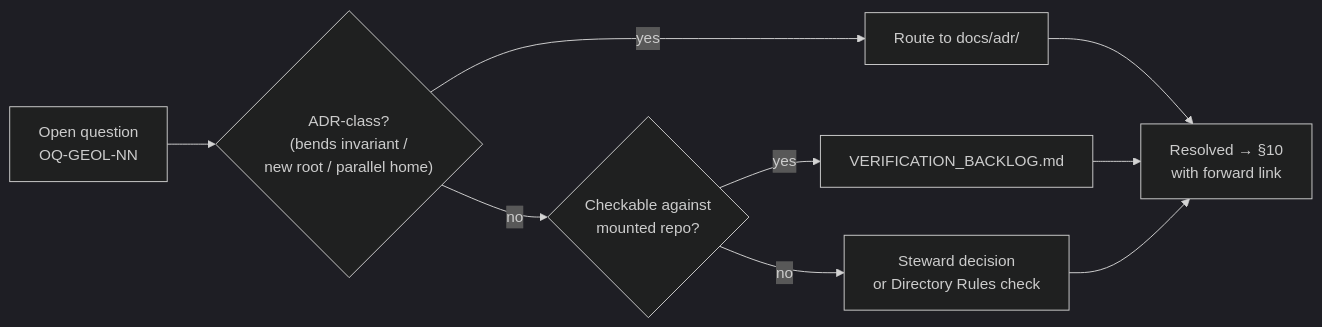
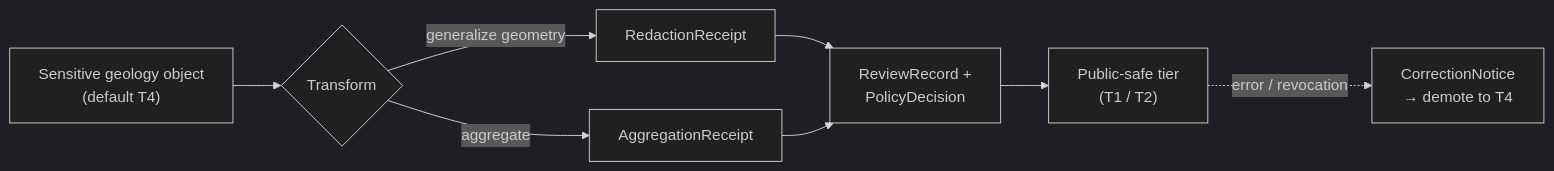
One commit to bartytime4life/Kansas-Frontier-Matrix changed the diagram in docs/domains/geology/POLICY.md. Above: the diagram before and after it, drawn with Mermaid (dark theme). The commit also changed other lines of this file, not shown here.

````diff
--- a/docs/domains/geology/POLICY.md
+++ b/docs/domains/geology/POLICY.md
@@ -97,11 +165,10 @@
 ```mermaid
 flowchart LR
-    A["Open question<br/>OQ-GEOL-NN"] --> B{"ADR-class?<br/>(bends invariant /<br/>new root / parallel home)"}
-    B -- "yes" --> C["Route to docs/adr/"]
-    B -- "no" --> D{"Checkable against<br/>mounted repo?"}
-    D -- "yes" --> E["VERIFICATION_BACKLOG.md"]
-    D -- "no" --> F["Steward decision<br/>or Directory Rules check"]
-    C --> G["Resolved → §10<br/>with forward link"]
-    E --> G
-    F --> G
+    RAW["Sensitive geology object<br/>(default T4)"] --> XF{"Transform"}
+    XF -- "generalize geometry" --> R1["RedactionReceipt"]
+    XF -- "aggregate" --> R2["AggregationReceipt"]
+    R1 --> REV["ReviewRecord +<br/>PolicyDecision"]
+    R2 --> REV
+    REV --> PUB["Public-safe tier<br/>(T1 / T2)"]
+    PUB -. "error / revocation" .-> COR["CorrectionNotice<br/>→ demote to T4"]
 ```
````
